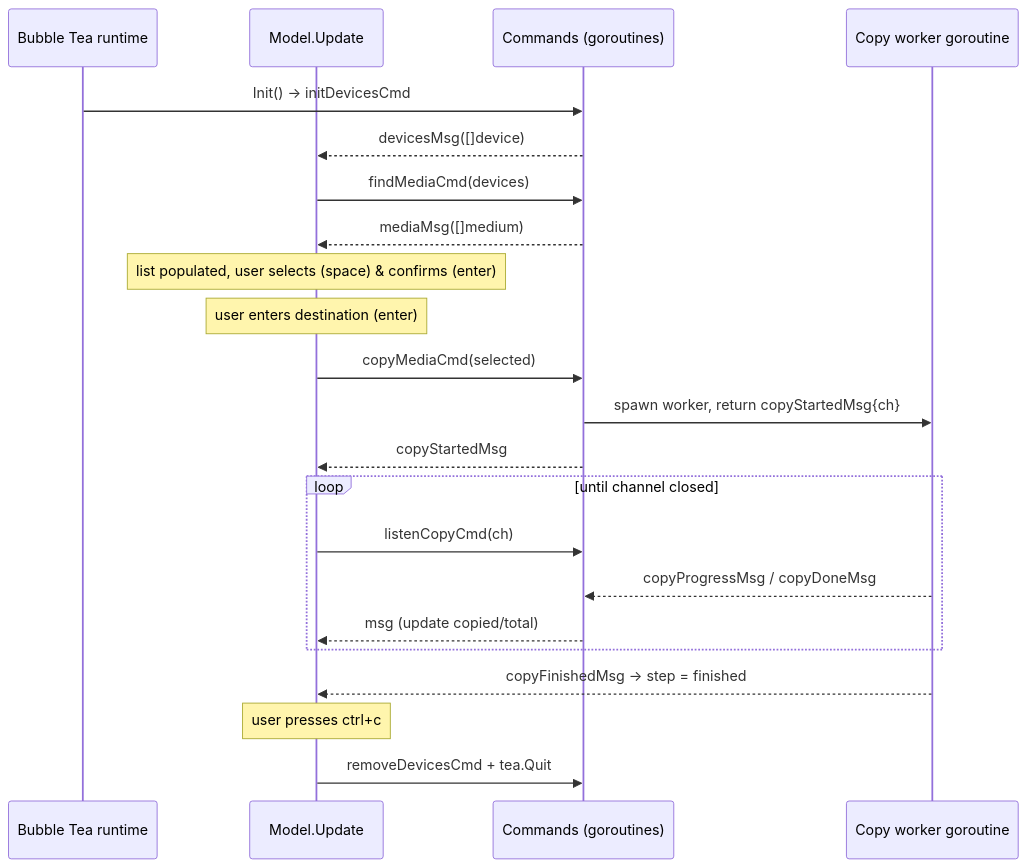
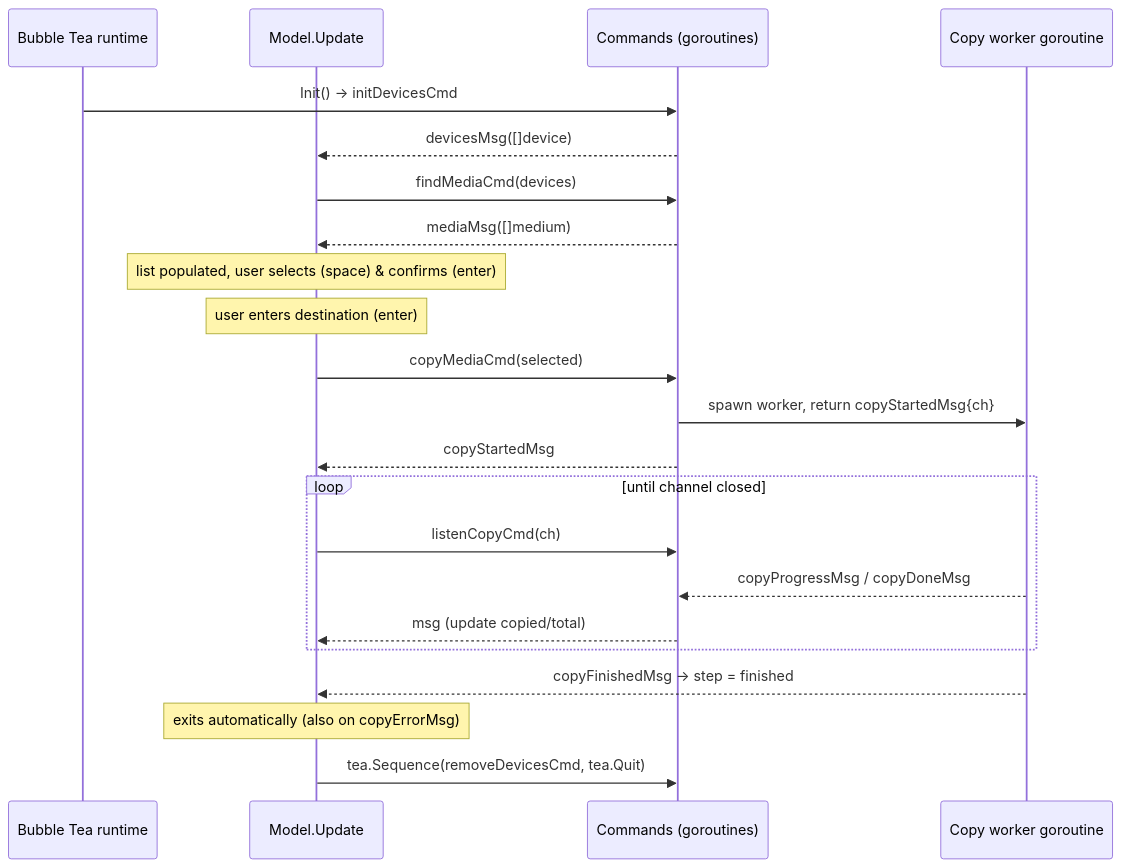
One commit to nightails/leafy changed the second of 2 diagrams in docs/architecture.md. Above: the diagram before and after it, drawn with Mermaid. The commit also changed other lines of this file and 8 other files, not shown here.

````diff
--- a/docs/architecture.md
+++ b/docs/architecture.md
@@ -101,25 +101,25 @@
 ```mermaid
 sequenceDiagram
     participant BT as Bubble Tea runtime
     participant M as Model.Update
     participant C as Commands (goroutines)
     participant W as Copy worker goroutine
 
     BT->>C: Init() → initDevicesCmd
     C-->>M: devicesMsg([]device)
     M->>C: findMediaCmd(devices)
     C-->>M: mediaMsg([]medium)
     Note over M: list populated, user selects (space) & confirms (enter)
     Note over M: user enters destination (enter)
     M->>C: copyMediaCmd(selected)
     C->>W: spawn worker, return copyStartedMsg{ch}
     C-->>M: copyStartedMsg
     loop until channel closed
         M->>C: listenCopyCmd(ch)
         W-->>C: copyProgressMsg / copyDoneMsg
         C-->>M: msg (update copied/total)
     end
     W-->>M: copyFinishedMsg → step = finished
-    Note over M: user presses ctrl+c
-    M->>C: removeDevicesCmd + tea.Quit
+    Note over M: exits automatically (also on copyErrorMsg)
+    M->>C: tea.Sequence(removeDevicesCmd, tea.Quit)
 ```
````
